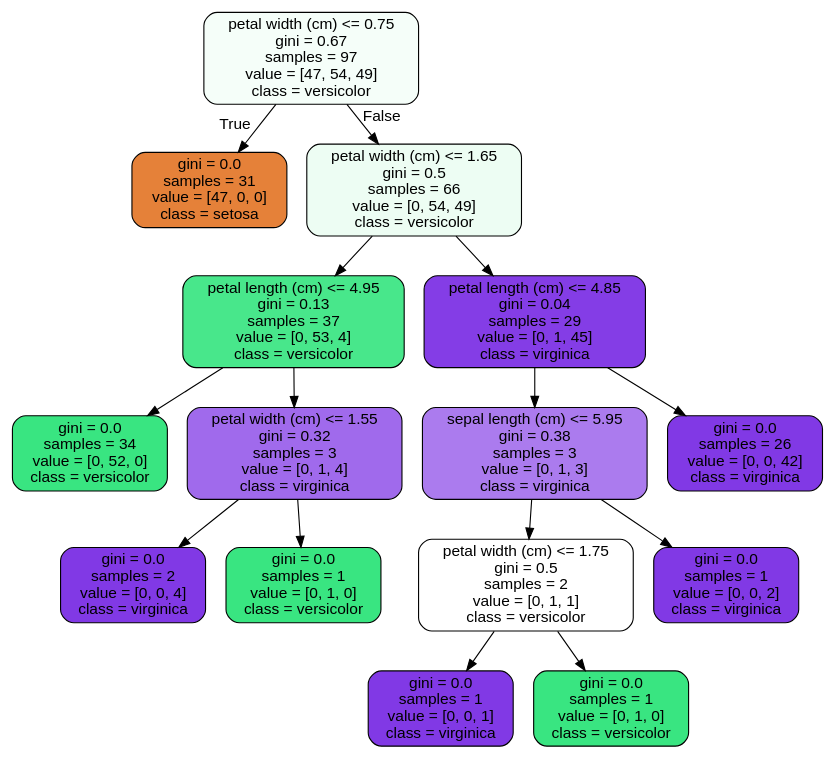
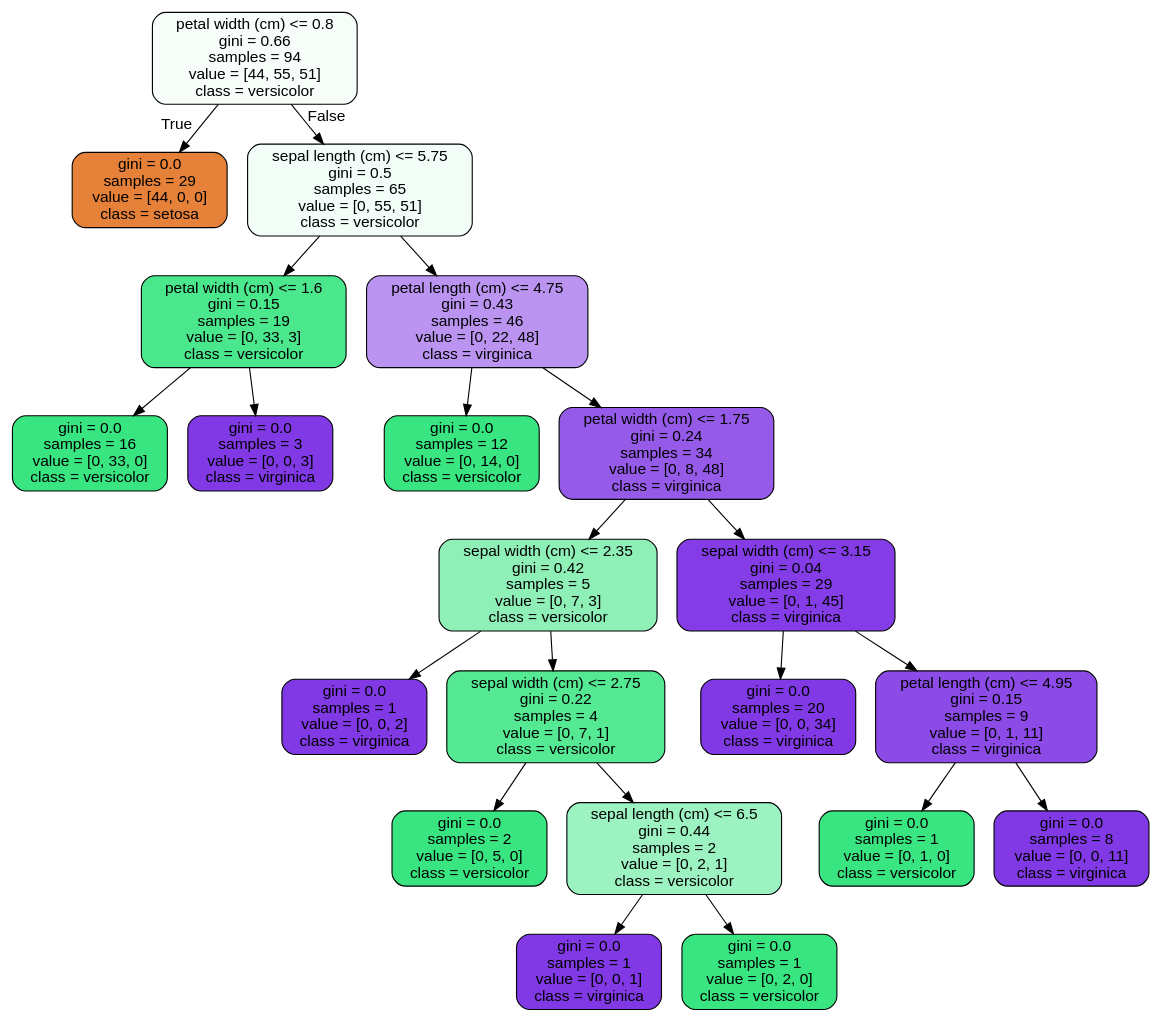
The diagram in RandomForest Covid Case Study_06302020/tree.dot (ennis-kurt/SpringBoard), drawn with Graphviz before and after one commit. The commit also changed 3 other files, not shown here.

```diff
--- a/RandomForest Covid Case Study_06302020/tree.dot
+++ b/RandomForest Covid Case Study_06302020/tree.dot
@@ -1,33 +1,45 @@
 digraph Tree {
 node [shape=box, style="filled, rounded", color="black", fontname=helvetica] ;
 edge [fontname=helvetica] ;
-0 [label="petal width (cm) <= 0.75\ngini = 0.67\nsamples = 97\nvalue = [47, 54, 49]\nclass = versicolor", fillcolor="#f5fef9"] ;
-1 [label="gini = 0.0\nsamples = 31\nvalue = [47, 0, 0]\nclass = setosa", fillcolor="#e58139"] ;
+0 [label="petal width (cm) <= 0.8\ngini = 0.66\nsamples = 94\nvalue = [44, 55, 51]\nclass = versicolor", fillcolor="#f7fefa"] ;
+1 [label="gini = 0.0\nsamples = 29\nvalue = [44, 0, 0]\nclass = setosa", fillcolor="#e58139"] ;
 0 -> 1 [labeldistance=2.5, labelangle=45, headlabel="True"] ;
-2 [label="petal width (cm) <= 1.65\ngini = 0.5\nsamples = 66\nvalue = [0, 54, 49]\nclass = versicolor", fillcolor="#edfdf3"] ;
+2 [label="sepal length (cm) <= 5.75\ngini = 0.5\nsamples = 65\nvalue = [0, 55, 51]\nclass = versicolor", fillcolor="#f1fdf6"] ;
 0 -> 2 [labeldistance=2.5, labelangle=-45, headlabel="False"] ;
-3 [label="petal length (cm) <= 4.95\ngini = 0.13\nsamples = 37\nvalue = [0, 53, 4]\nclass = versicolor", fillcolor="#48e78b"] ;
+3 [label="petal width (cm) <= 1.6\ngini = 0.15\nsamples = 19\nvalue = [0, 33, 3]\nclass = versicolor", fillcolor="#4be78c"] ;
 2 -> 3 ;
-4 [label="gini = 0.0\nsamples = 34\nvalue = [0, 52, 0]\nclass = versicolor", fillcolor="#39e581"] ;
+4 [label="gini = 0.0\nsamples = 16\nvalue = [0, 33, 0]\nclass = versicolor", fillcolor="#39e581"] ;
 3 -> 4 ;
-5 [label="petal width (cm) <= 1.55\ngini = 0.32\nsamples = 3\nvalue = [0, 1, 4]\nclass = virginica", fillcolor="#a06aec"] ;
+5 [label="gini = 0.0\nsamples = 3\nvalue = [0, 0, 3]\nclass = virginica", fillcolor="#8139e5"] ;
 3 -> 5 ;
-6 [label="gini = 0.0\nsamples = 2\nvalue = [0, 0, 4]\nclass = virginica", fillcolor="#8139e5"] ;
-5 -> 6 ;
-7 [label="gini = 0.0\nsamples = 1\nvalue = [0, 1, 0]\nclass = versicolor", fillcolor="#39e581"] ;
-5 -> 7 ;
-8 [label="petal length (cm) <= 4.85\ngini = 0.04\nsamples = 29\nvalue = [0, 1, 45]\nclass = virginica", fillcolor="#843de6"] ;
-2 -> 8 ;
-9 [label="sepal length (cm) <= 5.95\ngini = 0.38\nsamples = 3\nvalue = [0, 1, 3]\nclass = virginica", fillcolor="#ab7bee"] ;
+6 [label="petal length (cm) <= 4.75\ngini = 0.43\nsamples = 46\nvalue = [0, 22, 48]\nclass = virginica", fillcolor="#bb94f1"] ;
+2 -> 6 ;
+7 [label="gini = 0.0\nsamples = 12\nvalue = [0, 14, 0]\nclass = versicolor", fillcolor="#39e581"] ;
+6 -> 7 ;
+8 [label="petal width (cm) <= 1.75\ngini = 0.24\nsamples = 34\nvalue = [0, 8, 48]\nclass = virginica", fillcolor="#965ae9"] ;
+6 -> 8 ;
+9 [label="sepal width (cm) <= 2.35\ngini = 0.42\nsamples = 5\nvalue = [0, 7, 3]\nclass = versicolor", fillcolor="#8ef0b7"] ;
 8 -> 9 ;
-10 [label="petal width (cm) <= 1.75\ngini = 0.5\nsamples = 2\nvalue = [0, 1, 1]\nclass = versicolor", fillcolor="#ffffff"] ;
+10 [label="gini = 0.0\nsamples = 1\nvalue = [0, 0, 2]\nclass = virginica", fillcolor="#8139e5"] ;
 9 -> 10 ;
-11 [label="gini = 0.0\nsamples = 1\nvalue = [0, 0, 1]\nclass = virginica", fillcolor="#8139e5"] ;
-10 -> 11 ;
-12 [label="gini = 0.0\nsamples = 1\nvalue = [0, 1, 0]\nclass = versicolor", fillcolor="#39e581"] ;
-10 -> 12 ;
-13 [label="gini = 0.0\nsamples = 1\nvalue = [0, 0, 2]\nclass = virginica", fillcolor="#8139e5"] ;
-9 -> 13 ;
-14 [label="gini = 0.0\nsamples = 26\nvalue = [0, 0, 42]\nclass = virginica", fillcolor="#8139e5"] ;
-8 -> 14 ;
+11 [label="sepal width (cm) <= 2.75\ngini = 0.22\nsamples = 4\nvalue = [0, 7, 1]\nclass = versicolor", fillcolor="#55e993"] ;
+9 -> 11 ;
+12 [label="gini = 0.0\nsamples = 2\nvalue = [0, 5, 0]\nclass = versicolor", fillcolor="#39e581"] ;
+11 -> 12 ;
+13 [label="sepal length (cm) <= 6.5\ngini = 0.44\nsamples = 2\nvalue = [0, 2, 1]\nclass = versicolor", fillcolor="#9cf2c0"] ;
+11 -> 13 ;
+14 [label="gini = 0.0\nsamples = 1\nvalue = [0, 0, 1]\nclass = virginica", fillcolor="#8139e5"] ;
+13 -> 14 ;
+15 [label="gini = 0.0\nsamples = 1\nvalue = [0, 2, 0]\nclass = versicolor", fillcolor="#39e581"] ;
+13 -> 15 ;
+16 [label="sepal width (cm) <= 3.15\ngini = 0.04\nsamples = 29\nvalue = [0, 1, 45]\nclass = virginica", fillcolor="#843de6"] ;
+8 -> 16 ;
+17 [label="gini = 0.0\nsamples = 20\nvalue = [0, 0, 34]\nclass = virginica", fillcolor="#8139e5"] ;
+16 -> 17 ;
+18 [label="petal length (cm) <= 4.95\ngini = 0.15\nsamples = 9\nvalue = [0, 1, 11]\nclass = virginica", fillcolor="#8c4be7"] ;
+16 -> 18 ;
+19 [label="gini = 0.0\nsamples = 1\nvalue = [0, 1, 0]\nclass = versicolor", fillcolor="#39e581"] ;
+18 -> 19 ;
+20 [label="gini = 0.0\nsamples = 8\nvalue = [0, 0, 11]\nclass = virginica", fillcolor="#8139e5"] ;
+18 -> 20 ;
 }
```
